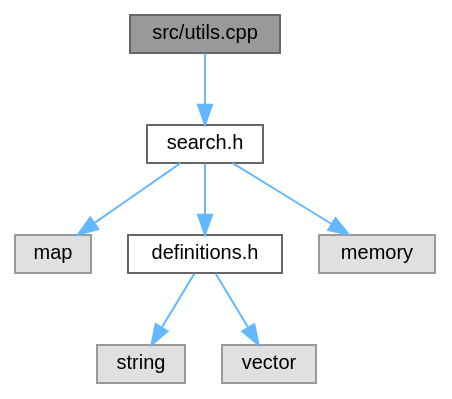
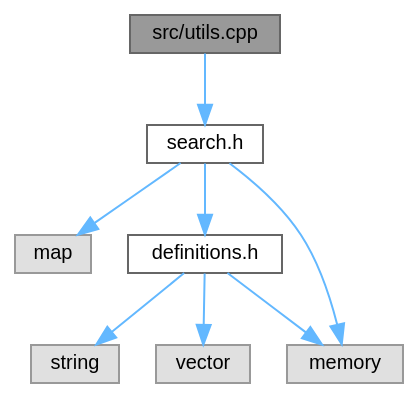
The diagram in utils_8cpp__incl.dot (velocitatem/Symphony), drawn with Graphviz before and after one commit. The commit also changed 67 other files, not shown here.

```diff
--- a/utils_8cpp__incl.dot
+++ b/utils_8cpp__incl.dot
@@ -1,21 +1,22 @@
 digraph "src/utils.cpp"
 {
  // INTERACTIVE_SVG=YES
  // LATEX_PDF_SIZE
   bgcolor="transparent";
   edge [fontname=Helvetica,fontsize=10,labelfontname=Helvetica,labelfontsize=10];
   node [fontname=Helvetica,fontsize=10,shape=box,height=0.2,width=0.4];
   Node1 [id="Node000001",label="src/utils.cpp",height=0.2,width=0.4,color="gray40", fillcolor="grey60", style="filled", fontcolor="black",tooltip=" "];
   Node1 -> Node2 [id="edge1_Node000001_Node000002",color="steelblue1",style="solid",tooltip=" "];
   Node2 [id="Node000002",label="search.h",height=0.2,width=0.4,color="grey40", fillcolor="white", style="filled",URL="$search_8h.html",tooltip=" "];
   Node2 -> Node3 [id="edge2_Node000002_Node000003",color="steelblue1",style="solid",tooltip=" "];
   Node3 [id="Node000003",label="map",height=0.2,width=0.4,color="grey60", fillcolor="#E0E0E0", style="filled",tooltip=" "];
   Node2 -> Node4 [id="edge3_Node000002_Node000004",color="steelblue1",style="solid",tooltip=" "];
   Node4 [id="Node000004",label="definitions.h",height=0.2,width=0.4,color="grey40", fillcolor="white", style="filled",URL="$definitions_8h.html",tooltip="Abstract classes for states, actions, and problems that need to be implemented by the user."];
   Node4 -> Node5 [id="edge4_Node000004_Node000005",color="steelblue1",style="solid",tooltip=" "];
   Node5 [id="Node000005",label="string",height=0.2,width=0.4,color="grey60", fillcolor="#E0E0E0", style="filled",tooltip=" "];
   Node4 -> Node6 [id="edge5_Node000004_Node000006",color="steelblue1",style="solid",tooltip=" "];
   Node6 [id="Node000006",label="vector",height=0.2,width=0.4,color="grey60", fillcolor="#E0E0E0", style="filled",tooltip=" "];
-  Node2 -> Node7 [id="edge6_Node000002_Node000007",color="steelblue1",style="solid",tooltip=" "];
+  Node4 -> Node7 [id="edge6_Node000004_Node000007",color="steelblue1",style="solid",tooltip=" "];
   Node7 [id="Node000007",label="memory",height=0.2,width=0.4,color="grey60", fillcolor="#E0E0E0", style="filled",tooltip=" "];
+  Node2 -> Node7 [id="edge7_Node000002_Node000007",color="steelblue1",style="solid",tooltip=" "];
 }
```
